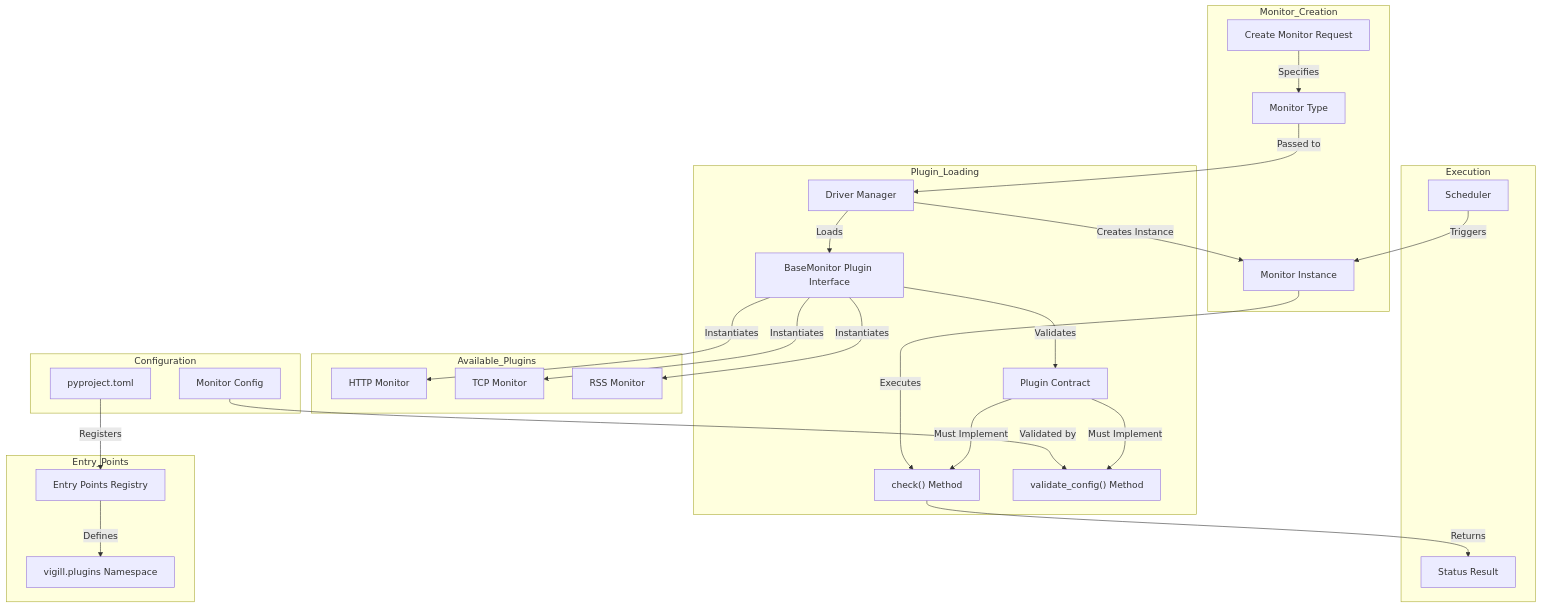
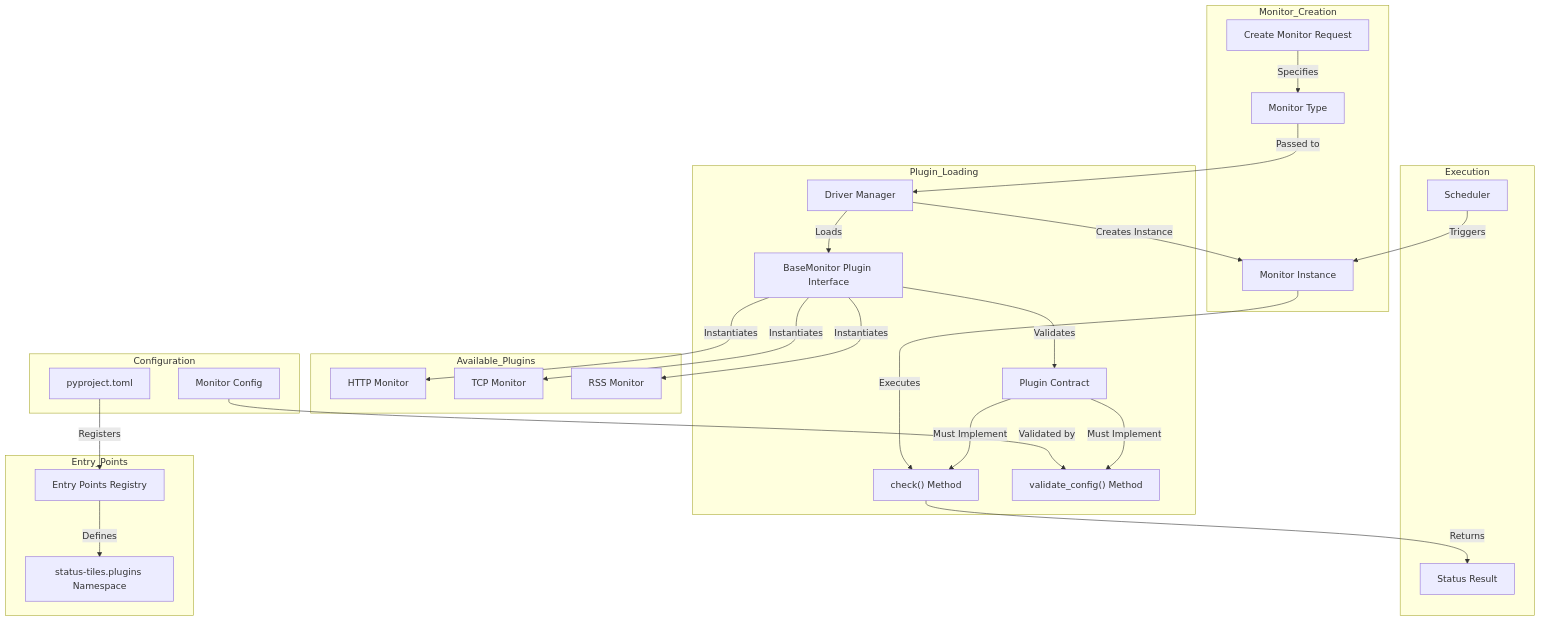
Before and after one commit to spackle0/statem: the diagram in README.md, drawn with Mermaid.

````diff
--- a/README.md
+++ b/README.md
@@ -71,53 +71,53 @@
 ```mermaid
 flowchart TB
     subgraph Entry_Points
         EP[Entry Points Registry]
-        NS[vigill.plugins Namespace]
+        NS[status-tiles.plugins Namespace]
         EP -->|Defines| NS
     end
 
     subgraph Plugin_Loading
         DM[Driver Manager]
         BP[BaseMonitor Plugin Interface]
         PC[Plugin Contract]
         CH["check() Method"]
         VC["validate_config() Method"]
         DM -->|Loads| BP
         BP -->|Validates| PC
         PC -->|Must Implement| CH
         PC -->|Must Implement| VC
     end
 
     subgraph Available_Plugins
         HTTP[HTTP Monitor]
         TCP[TCP Monitor]
         RSS[RSS Monitor]
         BP -->|Instantiates| HTTP
         BP -->|Instantiates| TCP
         BP -->|Instantiates| RSS
     end
 
     subgraph Monitor_Creation
         CR[Create Monitor Request]
         MT[Monitor Type]
         MI[Monitor Instance]
         CR -->|Specifies| MT
         MT -->|Passed to| DM
         DM -->|Creates Instance| MI
     end
 
     subgraph Execution
         SCH[Scheduler]
         SR[Status Result]
         SCH -->|Triggers| MI
         MI -->|Executes| CH
         CH -->|Returns| SR
     end
 
     subgraph Configuration
         PY[pyproject.toml]
         CFG[Monitor Config]
         PY -->|Registers| EP
         CFG -->|Validated by| VC
     end
 ```
````
